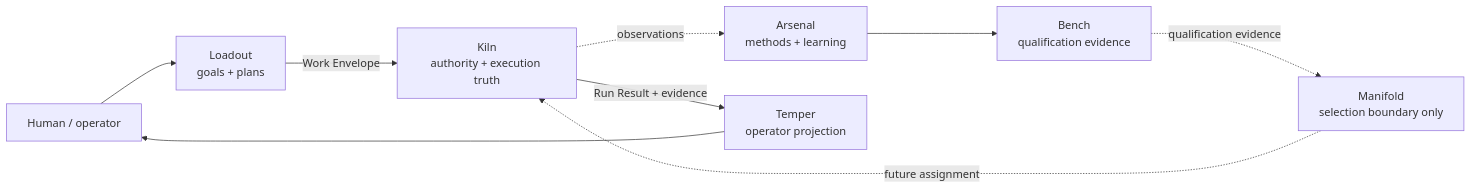
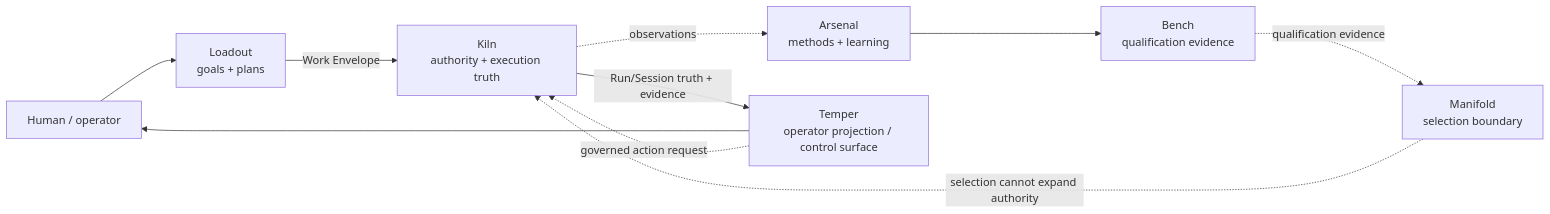
The diagram in README.md (jenksed/invariant-system), drawn with Mermaid before and after one commit. The commit also changed other lines of this file and 21 other files, not shown here.

Commit message:
docs: align process, traceability, and workbench roadmap

````diff
--- a/README.md
+++ b/README.md
@@ -61,19 +61,20 @@
 ```mermaid
 flowchart LR
     H[Human / operator]
     A[Arsenal\nmethods + learning]
     B[Bench\nqualification evidence]
     L[Loadout\ngoals + plans]
-    M[Manifold\nselection boundary only]
+    M[Manifold\nselection boundary]
     K[Kiln\nauthority + execution truth]
-    T[Temper\noperator projection]
+    T[Temper\noperator projection / control surface]
 
     A --> B
     B -. qualification evidence .-> M
     H --> L
     L -->|Work Envelope| K
-    M -. future assignment .-> K
-    K -->|Run Result + evidence| T
+    M -. selection cannot expand authority .-> K
+    K -->|Run/Session truth + evidence| T
     T --> H
+    T -. governed action request .-> K
     K -. observations .-> A
 ```
````
